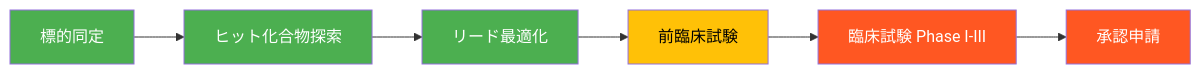
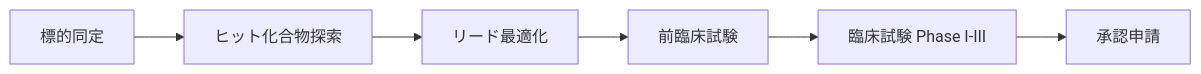
One commit to 0h-n0/zenn-contents changed the first of 2 diagrams in articles/244adaf3ac915e.md. Above: the diagram before and after it, drawn with Mermaid. The commit also changed other lines of this file and 13 other files, not shown here.

First line of the commit message:
fix: Mermaidダイアグラムのカスタムスタイル(fill/stroke/color)を削除

````diff
--- a/articles/244adaf3ac915e.md
+++ b/articles/244adaf3ac915e.md
@@ -37,15 +37,9 @@
 ```mermaid
 graph LR
     A[標的同定] --> B[ヒット化合物探索]
     B --> C[リード最適化]
     C --> D[前臨床試験]
     D --> E[臨床試験 Phase I-III]
     E --> F[承認申請]
 
-    style A fill:#4CAF50,color:#fff
-    style B fill:#4CAF50,color:#fff
-    style C fill:#4CAF50,color:#fff
-    style D fill:#FFC107,color:#000
-    style E fill:#FF5722,color:#fff
-    style F fill:#FF5722,color:#fff
 ```
````
